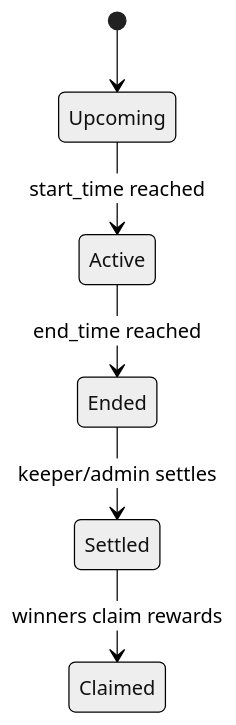
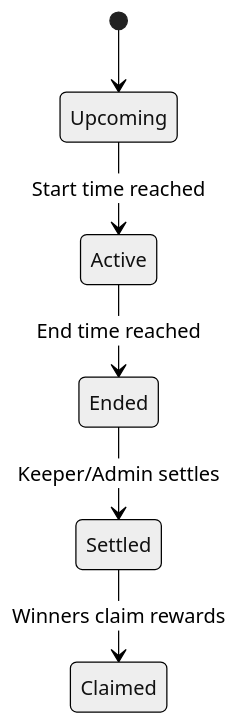
Before and after one commit to shashwatweb3/tradevault-arena: the fourth of 4 diagrams in docs/TRADEVAULT_ARENA_OVERVIEW.md, drawn with Mermaid (neutral theme). The commit also changed other lines of this file and 3 other files, not shown here.

Commit message:
docs: add polished interactive docs page with diagrams

````diff
--- a/docs/TRADEVAULT_ARENA_OVERVIEW.md
+++ b/docs/TRADEVAULT_ARENA_OVERVIEW.md
@@ -194,8 +100,8 @@
 ```mermaid
 stateDiagram-v2
-  [*] --> Upcoming
-  Upcoming --> Active: start_time reached
-  Active --> Ended: end_time reached
-  Ended --> Settled: keeper/admin settles
-  Settled --> Claimed: winners claim rewards
+[*] --> Upcoming
+Upcoming --> Active: Start time reached
+Active --> Ended: End time reached
+Ended --> Settled: Keeper/Admin settles
+Settled --> Claimed: Winners claim rewards
 ```
````
